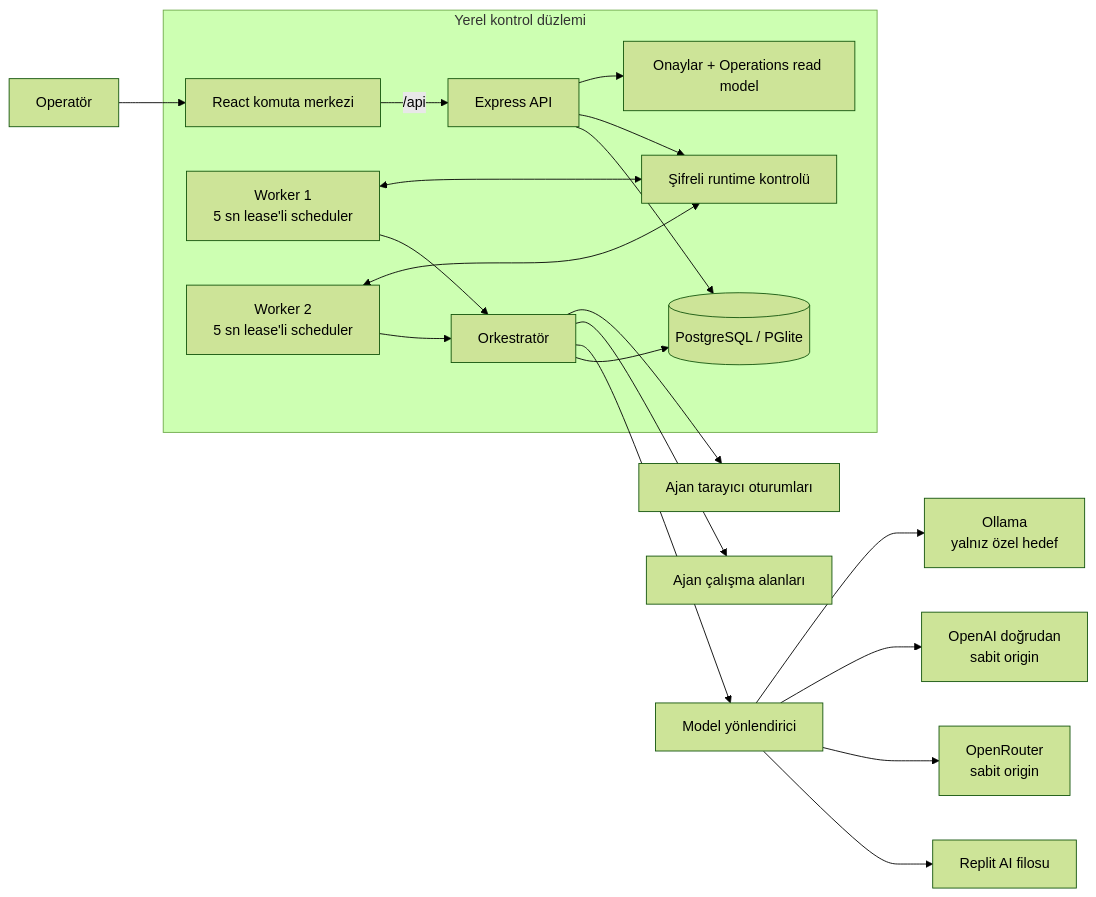
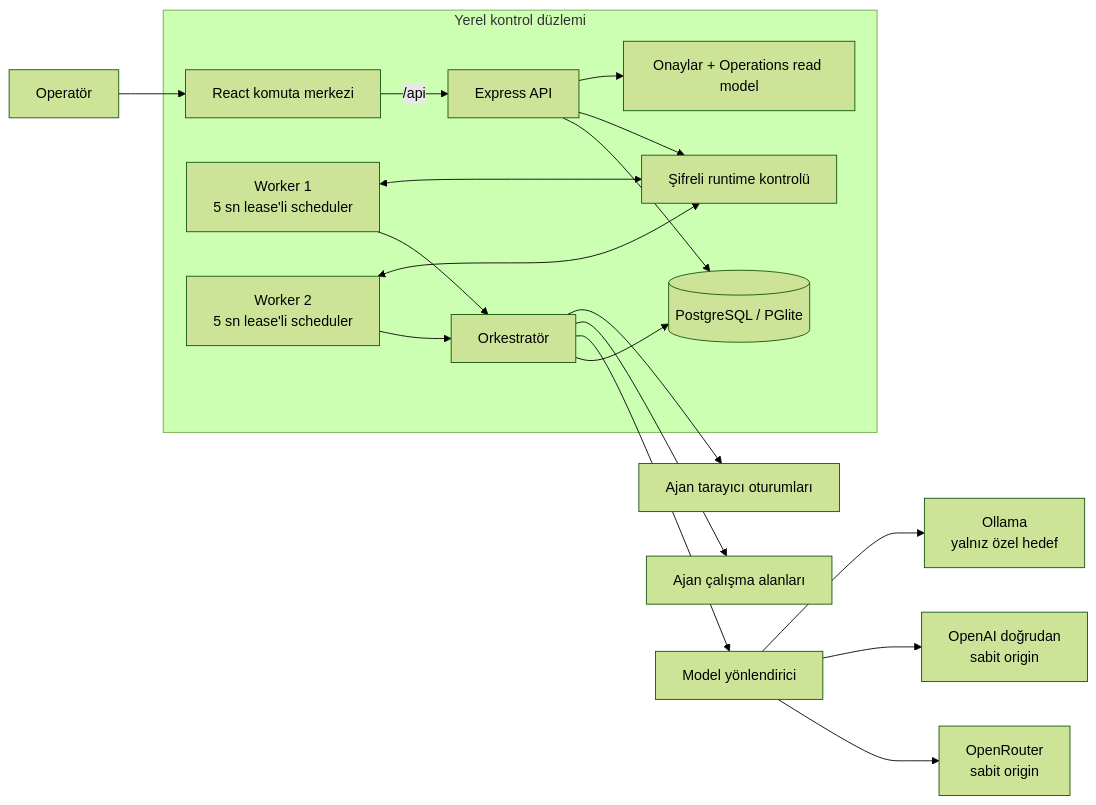
One commit to halittayyar0/Agentic-Company-OS changed the diagram in docs/operator-reference.tr.md. Above: the diagram before and after it, drawn with Mermaid (forest theme). The commit also changed other lines of this file and 85 other files, not shown here.

````diff
--- a/docs/operator-reference.tr.md
+++ b/docs/operator-reference.tr.md
@@ -9,24 +9,23 @@
 ```mermaid
 flowchart LR
   Operator["Operatör"] --> UI["React komuta merkezi"]
 
   subgraph Control["Yerel kontrol düzlemi"]
     UI -->|"/api"| API["Express API"]
     API --> DB[("PostgreSQL / PGlite")]
     API --> CONTROL["Şifreli runtime kontrolü"]
     W1["Worker 1\n5 sn lease'li scheduler"] --> ORCH["Orkestratör"]
     W2["Worker 2\n5 sn lease'li scheduler"] --> ORCH
     W1 <--> CONTROL
     W2 <--> CONTROL
     ORCH --> DB
     API --> APPROVALS["Onaylar + Operations read model"]
   end
 
   ORCH --> ROUTER["Model yönlendirici"]
-  ROUTER --> REPLIT["Replit AI filosu"]
   ROUTER --> OPENROUTER["OpenRouter\nsabit origin"]
   ROUTER --> OPENAI["OpenAI doğrudan\nsabit origin"]
   ROUTER --> OLLAMA["Ollama\nyalnız özel hedef"]
   ORCH --> WORKSPACES["Ajan çalışma alanları"]
   ORCH --> BROWSERS["Ajan tarayıcı oturumları"]
 ```
````
